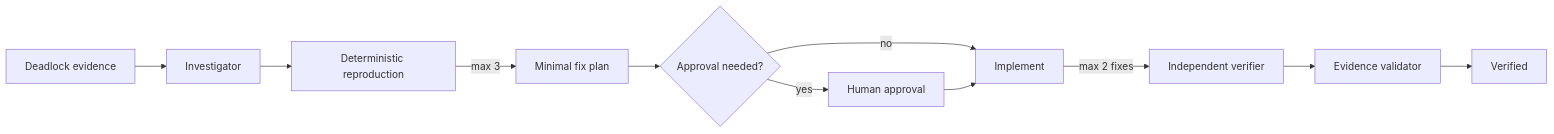
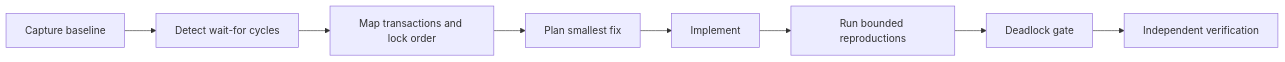
The diagram in Daily AI Engineering Kit/agent-database-deadlock-reproduction-gate/README.md (hakodev2k/AI-Engineering), drawn with Mermaid before and after one commit. The commit also changed other lines of this file and 17 other files, not shown here.

Commit message:
Daily AI Engineering Kit for agent-database-deadlock-reproduction-gate

````diff
--- a/Daily AI Engineering Kit/agent-database-deadlock-reproduction-gate/README.md
+++ b/Daily AI Engineering Kit/agent-database-deadlock-reproduction-gate/README.md
@@ -12,13 +19,10 @@
 ```mermaid
 flowchart LR
-  T[Deadlock evidence] --> I[Investigator]
-  I --> R[Deterministic reproduction]
-  R -->|max 3| P[Minimal fix plan]
-  P --> A{Approval needed?}
-  A -->|yes| H[Human approval]
-  A -->|no| E[Implement]
-  H --> E
-  E -->|max 2 fixes| V[Independent verifier]
-  V --> G[Evidence validator]
-  G --> D[Verified]
+A[Capture baseline] --> B[Detect wait-for cycles]
+B --> C[Map transactions and lock order]
+C --> D[Plan smallest fix]
+D --> E[Implement]
+E --> F[Run bounded reproductions]
+F --> G[Deadlock gate]
+G --> H[Independent verification]
 ```
````
